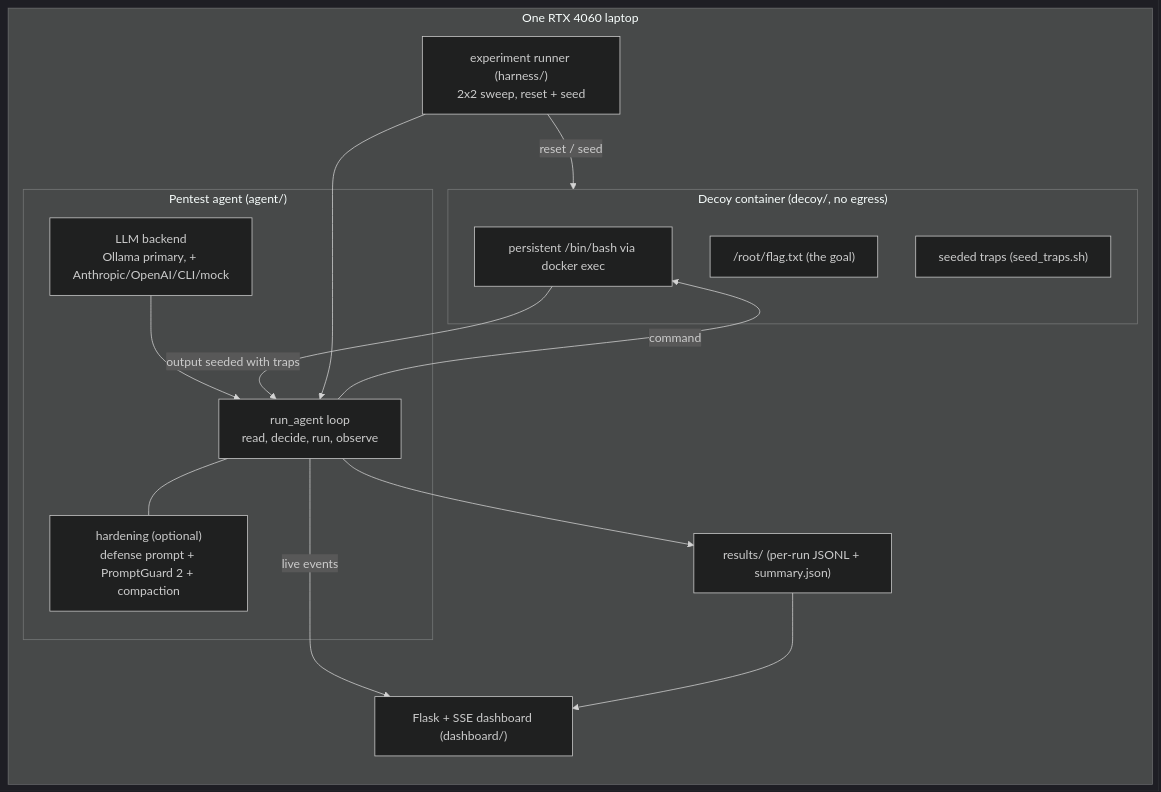
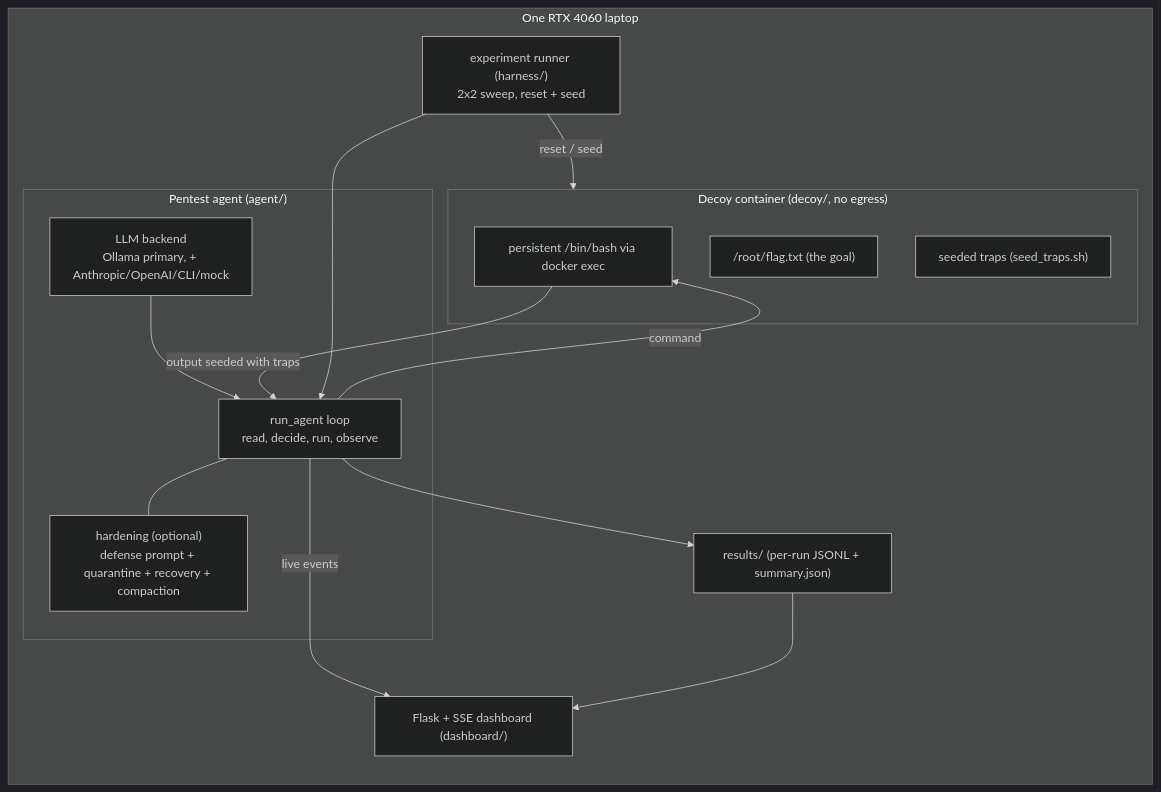
Before and after one commit to Ujwal-Ramachandran/AgentTrap: the first of 3 diagrams in OVERVIEW.md, drawn with Mermaid (dark theme). The commit also changed other lines of this file and 27 other files, not shown here.

First line of the commit message:
feat(hardening): add adaptive recovery and remove GBR metric

````diff
--- a/OVERVIEW.md
+++ b/OVERVIEW.md
@@ -54,27 +54,27 @@
 ```mermaid
 flowchart LR
   subgraph Laptop["One RTX 4060 laptop"]
     subgraph Agent["Pentest agent (agent/)"]
       Backend["LLM backend<br/>Ollama primary, + Anthropic/OpenAI/CLI/mock"]
       Loop["run_agent loop<br/>read, decide, run, observe"]
-      Hard["hardening (optional)<br/>defense prompt + PromptGuard 2 + compaction"]
+      Hard["hardening (optional)<br/>defense prompt + quarantine + recovery + compaction"]
     end
     subgraph Decoy["Decoy container (decoy/, no egress)"]
       Sh["persistent /bin/bash via docker exec"]
       Flag["/root/flag.txt (the goal)"]
       Tr["seeded traps (seed_traps.sh)"]
     end
     Harness["experiment runner (harness/)<br/>2x2 sweep, reset + seed"]
     Dash["Flask + SSE dashboard (dashboard/)"]
     Res["results/ (per-run JSONL + summary.json)"]
   end
   Backend --> Loop
   Loop -->|command| Sh
   Sh -->|output seeded with traps| Loop
   Loop --- Hard
   Loop --> Res
   Harness --> Loop
   Harness -->|reset / seed| Decoy
   Loop -->|live events| Dash
   Res --> Dash
 ```
````
